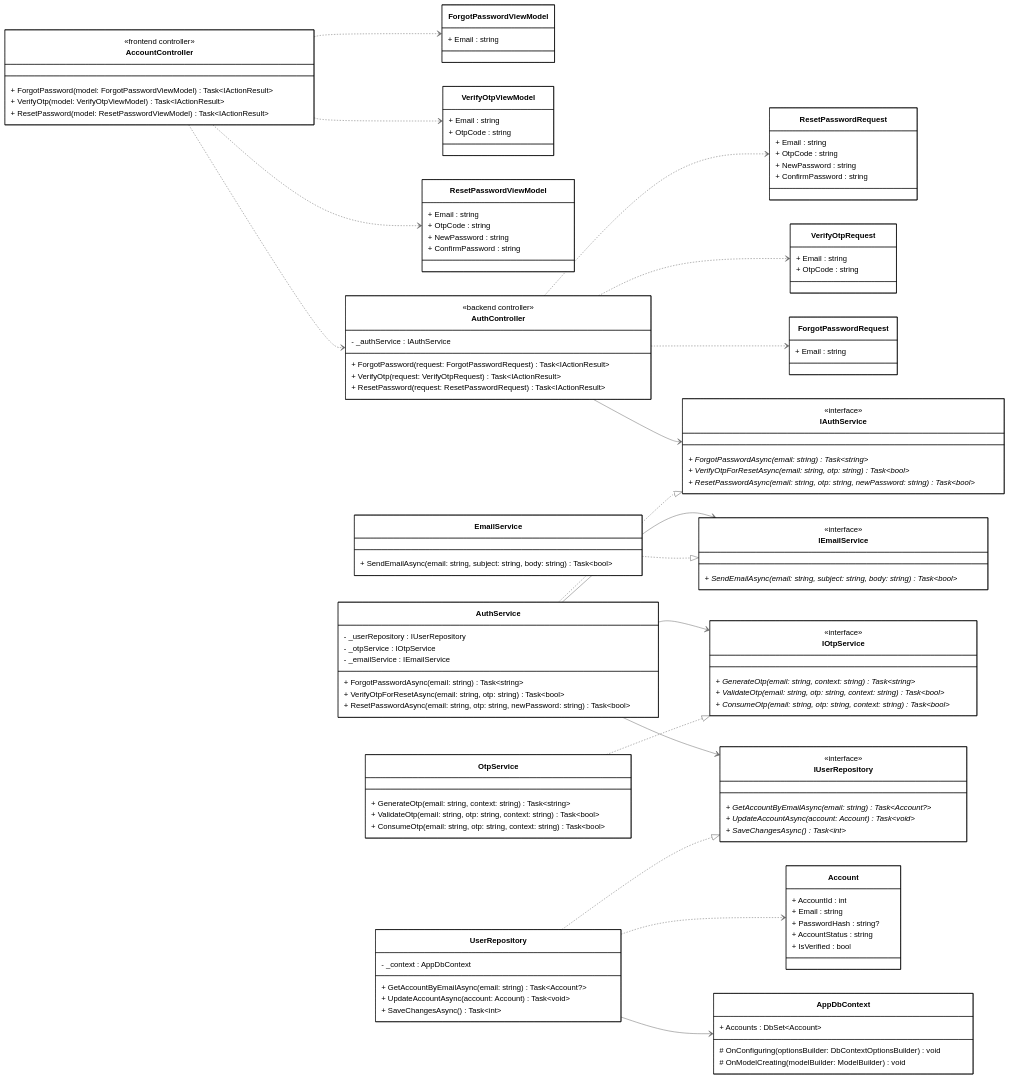
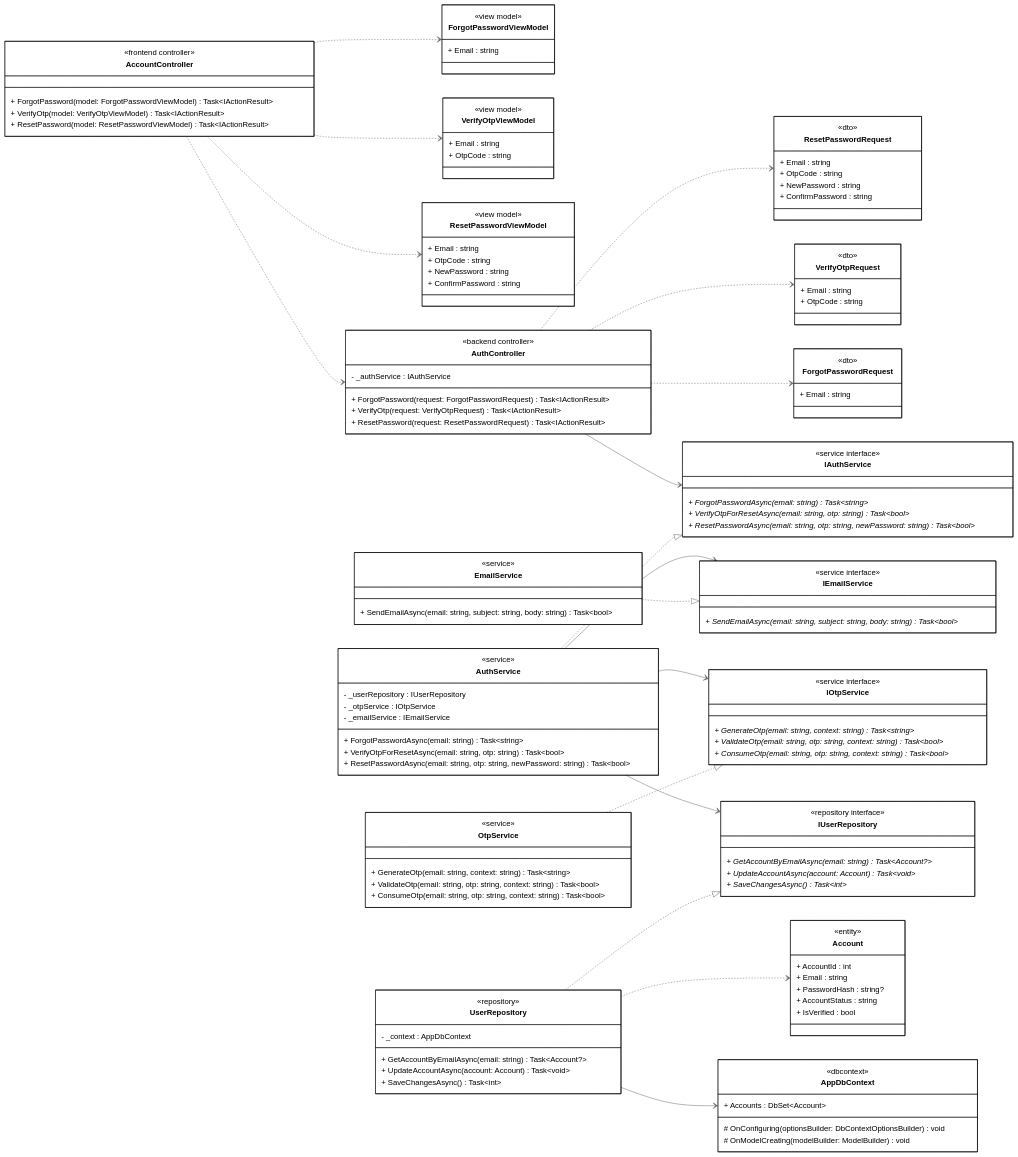
One commit to 1000do/Linked changed the diagram in diagrams/class_mermaid/auth/cls_mm_forget_password.mmd. Above: the diagram before and after it, drawn with Mermaid (neutral theme). The commit also changed 28 other files, not shown here.

```diff
--- a/diagrams/class_mermaid/auth/cls_mm_forget_password.mmd
+++ b/diagrams/class_mermaid/auth/cls_mm_forget_password.mmd
@@ -1,164 +1,176 @@
 classDiagram
 direction LR
 
 %% ==================== FRONTEND ====================
 
 class AccountController {
     <<frontend controller>>
     + ForgotPassword(model: ForgotPasswordViewModel) Task~IActionResult~
     + VerifyOtp(model: VerifyOtpViewModel) Task~IActionResult~
     + ResetPassword(model: ResetPasswordViewModel) Task~IActionResult~
 }
 
 class ForgotPasswordViewModel {
+    <<view model>>
     + Email : string
 }
 
 class VerifyOtpViewModel {
+    <<view model>>
     + Email : string
     + OtpCode : string
 }
 
 class ResetPasswordViewModel {
+    <<view model>>
     + Email : string
     + OtpCode : string
     + NewPassword : string
     + ConfirmPassword : string
 }
 
 %% ==================== BACKEND - CONTROLLER ====================
 
 class AuthController {
     <<backend controller>>
     - _authService : IAuthService
     
     + ForgotPassword(request: ForgotPasswordRequest) Task~IActionResult~
     + VerifyOtp(request: VerifyOtpRequest) Task~IActionResult~
     + ResetPassword(request: ResetPasswordRequest) Task~IActionResult~
 }
 
 %% ==================== BACKEND - DTOs ====================
 
 class ForgotPasswordRequest {
+    <<dto>>
     + Email : string
 }
 
 class VerifyOtpRequest {
+    <<dto>>
     + Email : string
     + OtpCode : string
 }
 
 class ResetPasswordRequest {
+    <<dto>>
     + Email : string
     + OtpCode : string
     + NewPassword : string
     + ConfirmPassword : string
 }
 
 %% ==================== BACKEND - DOMAIN ENTITIES ====================
 
 class Account {
+    <<entity>>
     + AccountId : int
     + Email : string
     + PasswordHash : string?
     + AccountStatus : string
     + IsVerified : bool
 }
 
 %% ==================== BACKEND - SERVICE INTERFACES ====================
 
 class IAuthService {
-    <<interface>>
+    <<service interface>>
     + ForgotPasswordAsync(email: string) Task~string~ *
     + VerifyOtpForResetAsync(email: string, otp: string) Task~bool~ *
     + ResetPasswordAsync(email: string, otp: string, newPassword: string) Task~bool~ *
 }
 
 class IOtpService {
-    <<interface>>
+    <<service interface>>
     + GenerateOtp(email: string, context: string) Task~string~ *
     + ValidateOtp(email: string, otp: string, context: string) Task~bool~ *
     + ConsumeOtp(email: string, otp: string, context: string) Task~bool~ *
 }
 
 class IEmailService {
-    <<interface>>
+    <<service interface>>
     + SendEmailAsync(email: string, subject: string, body: string) Task~bool~ *
 }
 
 class IUserRepository {
-    <<interface>>
+    <<repository interface>>
     + GetAccountByEmailAsync(email: string) Task~Account?~ *
     + UpdateAccountAsync(account: Account) Task~void~ *
     + SaveChangesAsync() Task~int~ *
 }
 
 %% ==================== BACKEND - SERVICE IMPLEMENTATION ====================
 
 class AuthService {
+    <<service>>
     - _userRepository : IUserRepository
     - _otpService : IOtpService
     - _emailService : IEmailService
     
     + ForgotPasswordAsync(email: string) Task~string~
     + VerifyOtpForResetAsync(email: string, otp: string) Task~bool~
     + ResetPasswordAsync(email: string, otp: string, newPassword: string) Task~bool~
 }
 
 class OtpService {
+    <<service>>
     + GenerateOtp(email: string, context: string) Task~string~
     + ValidateOtp(email: string, otp: string, context: string) Task~bool~
     + ConsumeOtp(email: string, otp: string, context: string) Task~bool~
 }
 
 class EmailService {
+    <<service>>
     + SendEmailAsync(email: string, subject: string, body: string) Task~bool~
 }
 
 %% ==================== BACKEND - REPOSITORY IMPLEMENTATION ====================
 
 class UserRepository {
+    <<repository>>
     - _context : AppDbContext
     
     + GetAccountByEmailAsync(email: string) Task~Account?~
     + UpdateAccountAsync(account: Account) Task~void~
     + SaveChangesAsync() Task~int~
 }
 
 %% ==================== BACKEND - DbContext ====================
 
 class AppDbContext {
+    <<dbcontext>>
     + Accounts : DbSet~Account~
     
     # OnConfiguring(optionsBuilder: DbContextOptionsBuilder) void
     # OnModelCreating(modelBuilder: ModelBuilder) void
 }
 
 %% ==================== RELATIONSHIPS ====================
 
 %% === UNIDIRECTIONAL ASSOCIATION (solid arrow) ===
 AuthController --> IAuthService
 AuthService --> IUserRepository
 AuthService --> IOtpService
 AuthService --> IEmailService
 UserRepository --> AppDbContext
 
 %% === INTERFACE REALIZATION ===
 AuthService ..|> IAuthService
 OtpService ..|> IOtpService
 EmailService ..|> IEmailService
 UserRepository ..|> IUserRepository
 
 %% === DEPENDENCY (dashed arrows) ===
 AccountController ..> AuthController
 AccountController ..> ForgotPasswordViewModel
 AccountController ..> VerifyOtpViewModel
 AccountController ..> ResetPasswordViewModel
 AuthController ..> ForgotPasswordRequest
 AuthController ..> VerifyOtpRequest
 AuthController ..> ResetPasswordRequest
 UserRepository ..> Account
 
 %% ==================== STYLES ====================
 
 classDef default fill:#FFFFFF,stroke:#000000,stroke-width:1px,color:#000000
```
